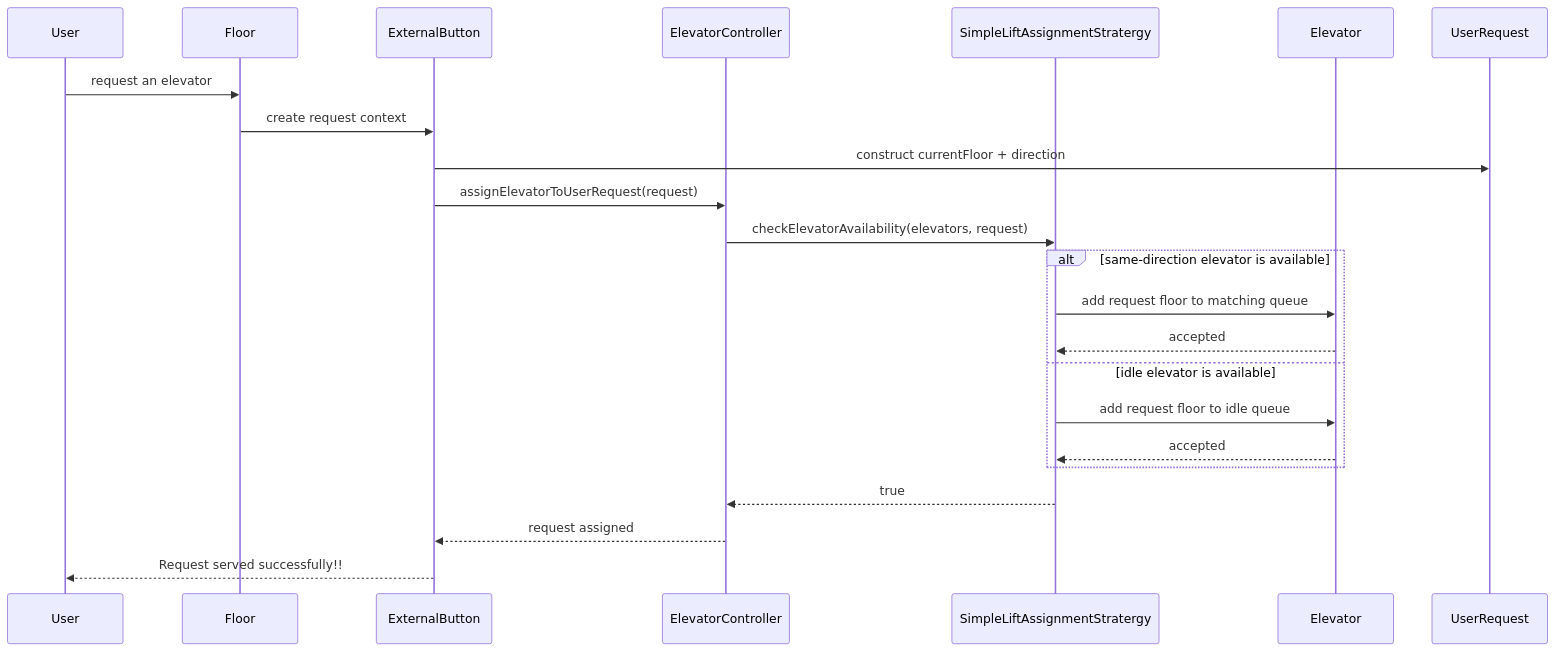
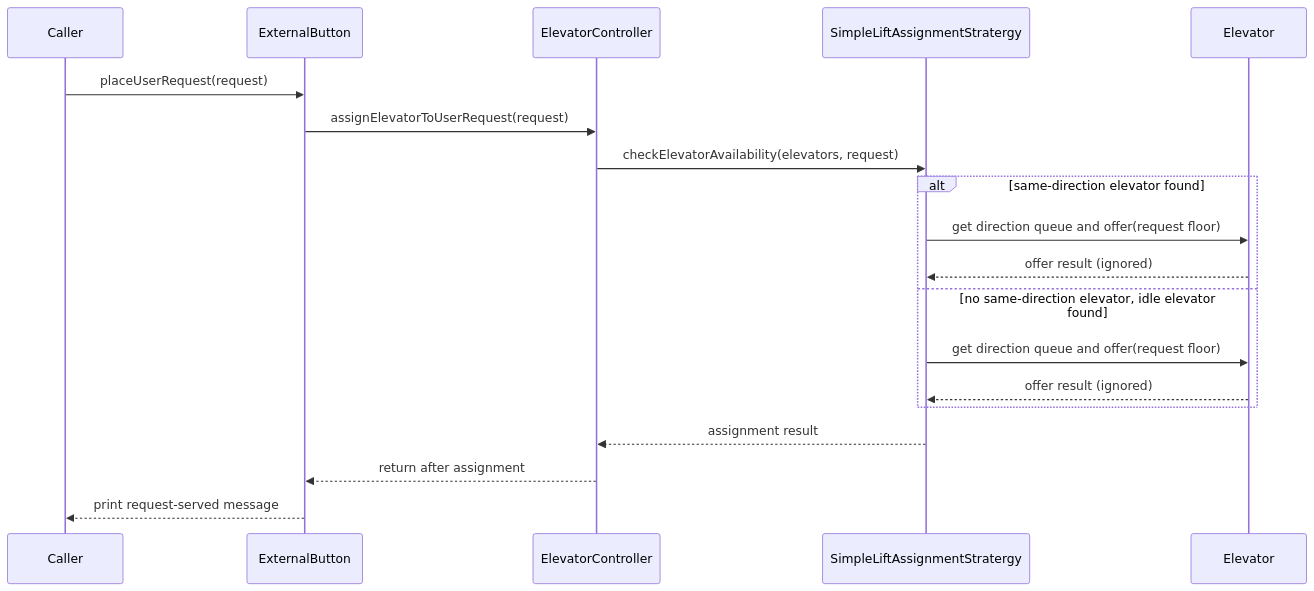
One commit to Software-Engineering-Organization/ElevatorLLDDesign changed the fourth of 4 diagrams in ARCHITECTURE.md. Above: the diagram before and after it, drawn with Mermaid. The commit also changed other lines of this file, not shown here.

Commit message:
Updated the Architecture MD file

````diff
--- a/ARCHITECTURE.md
+++ b/ARCHITECTURE.md
@@ -291,27 +341,24 @@
 ```mermaid
 sequenceDiagram
-    participant User
-    participant Floor
-    participant ExternalButton
-    participant ElevatorController
-    participant Strategy as SimpleLiftAssignmentStratergy
-    participant Elevator
+  participant Caller
+  participant ExternalButton
+  participant ElevatorController
+  participant Strategy as SimpleLiftAssignmentStratergy
+  participant Elevator
 
-    User->>Floor: request an elevator
-    Floor->>ExternalButton: create request context
-    ExternalButton->>UserRequest: construct currentFloor + direction
-    ExternalButton->>ElevatorController: assignElevatorToUserRequest(request)
-    ElevatorController->>Strategy: checkElevatorAvailability(elevators, request)
+  Caller->>ExternalButton: placeUserRequest(request)
+  ExternalButton->>ElevatorController: assignElevatorToUserRequest(request)
+  ElevatorController->>Strategy: checkElevatorAvailability(elevators, request)
 
-    alt same-direction elevator is available
-        Strategy->>Elevator: add request floor to matching queue
-        Elevator-->>Strategy: accepted
-    else idle elevator is available
-        Strategy->>Elevator: add request floor to idle queue
-        Elevator-->>Strategy: accepted
-    end
+  alt same-direction elevator found
+    Strategy->>Elevator: get direction queue and offer(request floor)
+    Elevator-->>Strategy: offer result (ignored)
+  else no same-direction elevator, idle elevator found
+    Strategy->>Elevator: get direction queue and offer(request floor)
+    Elevator-->>Strategy: offer result (ignored)
+  end
 
-    Strategy-->>ElevatorController: true
-    ElevatorController-->>ExternalButton: request assigned
-    ExternalButton-->>User: Request served successfully!!
+  Strategy-->>ElevatorController: assignment result
+  ElevatorController-->>ExternalButton: return after assignment
+  ExternalButton-->>Caller: print request-served message
 ```
````
